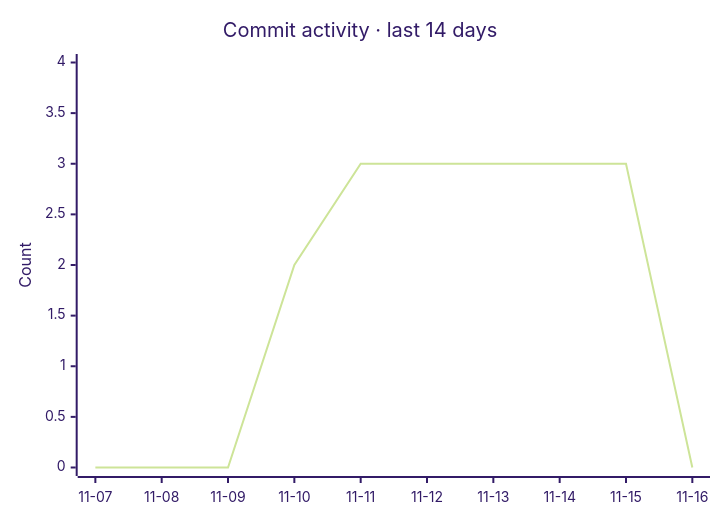
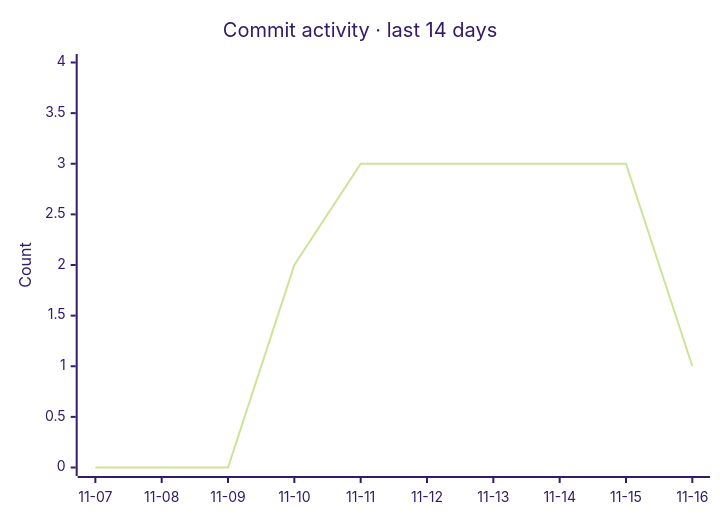
One commit to razzaqinspires/whiskay-bot changed the second of 2 diagrams in README.md. Above: the diagram before and after it, drawn with Mermaid (forest theme). The commit also changed other lines of this file and 2 other files, not shown here.

````diff
--- a/README.md
+++ b/README.md
@@ -329,7 +329,7 @@
 ```mermaid
 xychart-beta
     title "Commit activity · last 14 days"
     x-axis ["11-07", "11-08", "11-09", "11-10", "11-11", "11-12", "11-13", "11-14", "11-15", "11-16"]
     y-axis "Count" 0 --> 4
-    line [0, 0, 0, 2, 3, 3, 3, 3, 3, 0]
+    line [0, 0, 0, 2, 3, 3, 3, 3, 3, 1]
 ```
````
